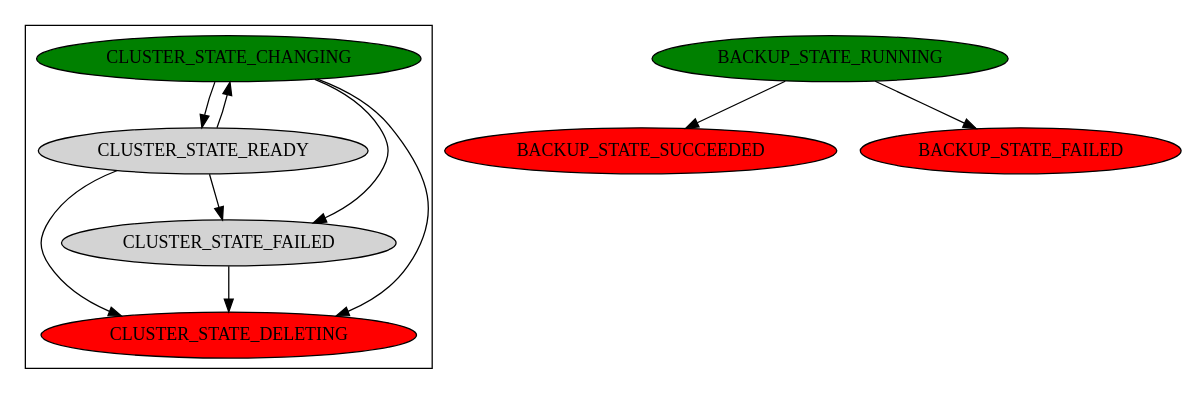
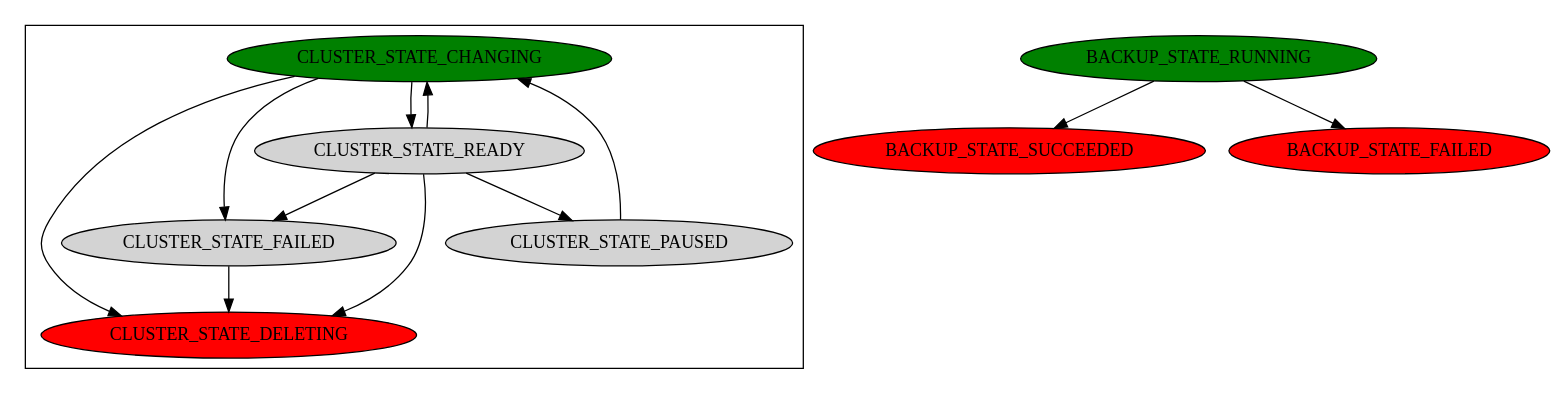
The diagram in api/controller/states.dot (percona/dbaas-api), drawn with Graphviz before and after one commit. The commit also changed 4 other files, not shown here.

```diff
--- a/api/controller/states.dot
+++ b/api/controller/states.dot
@@ -1,39 +1,43 @@
 digraph  {
 
 subgraph ClusterState {
   node [style=filled];
 
   CLUSTER_STATE_CHANGING [fillcolor=green];
   CLUSTER_STATE_READY;
   CLUSTER_STATE_FAILED;
+  CLUSTER_STATE_PAUSED;
   CLUSTER_STATE_DELETING [fillcolor=red];
 
   CLUSTER_STATE_CHANGING -> CLUSTER_STATE_READY;
   CLUSTER_STATE_READY -> CLUSTER_STATE_CHANGING;
 
   CLUSTER_STATE_CHANGING -> CLUSTER_STATE_FAILED;
   CLUSTER_STATE_READY -> CLUSTER_STATE_FAILED;
 
   CLUSTER_STATE_CHANGING -> CLUSTER_STATE_DELETING;
   CLUSTER_STATE_READY -> CLUSTER_STATE_DELETING;
   CLUSTER_STATE_FAILED -> CLUSTER_STATE_DELETING;
+
+  CLUSTER_STATE_READY -> CLUSTER_STATE_PAUSED;
+  CLUSTER_STATE_PAUSED -> CLUSTER_STATE_CHANGING;
 }
 
 subgraph BackupState {
   node [style=filled];
 
   BACKUP_STATE_RUNNING [fillcolor=green];
   BACKUP_STATE_SUCCEEDED [fillcolor=red];
   BACKUP_STATE_FAILED [fillcolor=red];
 
   BACKUP_STATE_RUNNING -> BACKUP_STATE_SUCCEEDED;
   BACKUP_STATE_RUNNING -> BACKUP_STATE_FAILED;
 }
 
 subgraph RestoreState {
   node [style=filled];
 
   // TODO
 }
 
 }
```
